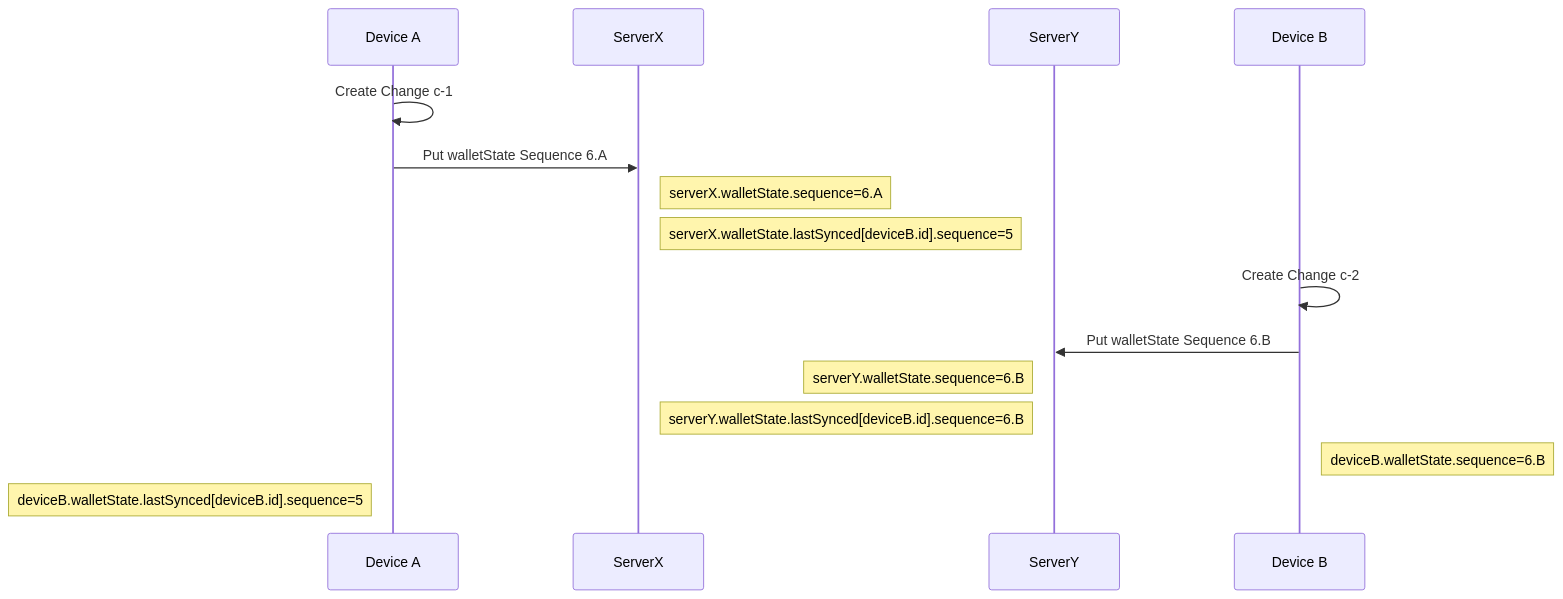
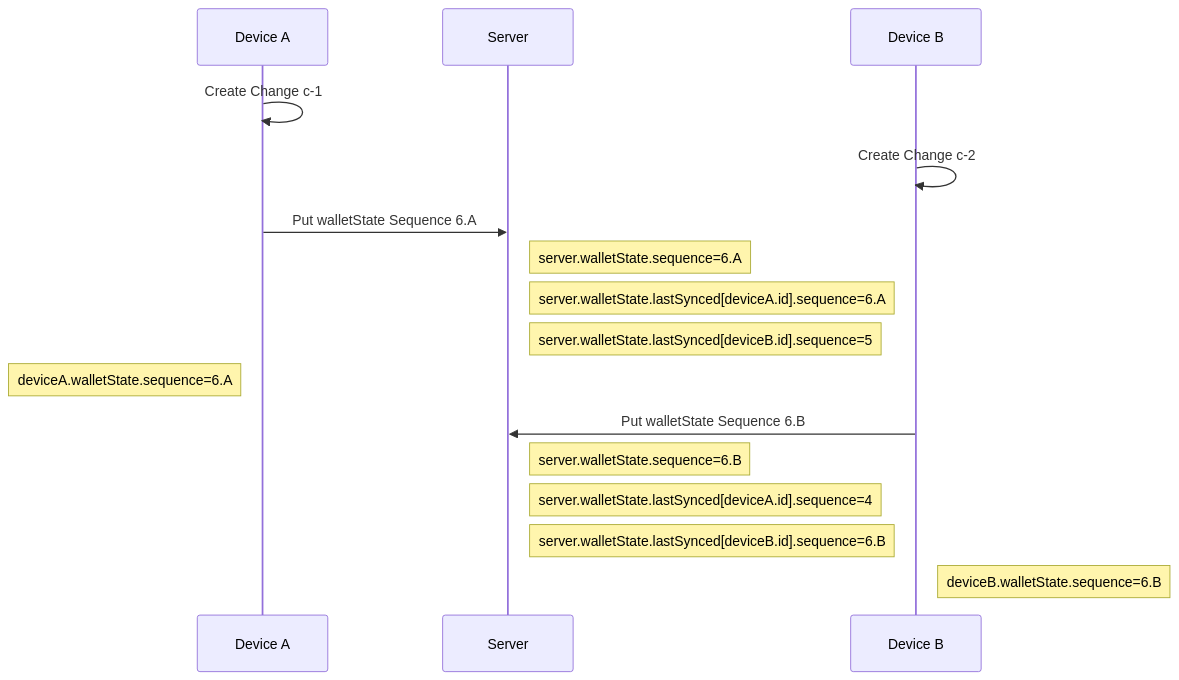
One commit to orblivion/lbry-wallet-sync-draft changed diagram 14 of 15 in spec/sync.md. Above: the diagram before and after it, drawn with Mermaid. The commit also changed other lines of this file, not shown here.

Commit message:
More concise example of why we need `lastSynced`

````diff
--- a/spec/sync.md
+++ b/spec/sync.md
@@ -334,21 +334,21 @@
 ```mermaid
   sequenceDiagram
     participant Device A
-    participant ServerX
-    participant ServerY
+    participant Server
     participant Device B
 
     Device A->>Device A: Create Change c-1
-    Device A->>ServerX: Put walletState Sequence 6.A
+    Device B->>Device B: Create Change c-2
+    Device A->>Server: Put walletState Sequence 6.A
 
-    Note right of ServerX: serverX.walletState.sequence=6.A
-    Note right of ServerX: serverX.walletState.lastSynced[deviceB.id].sequence=5
+    Note right of Server: server.walletState.sequence=6.A
+    Note right of Server: server.walletState.lastSynced[deviceA.id].sequence=6.A
+    Note right of Server: server.walletState.lastSynced[deviceB.id].sequence=5
+    Note left of Device A: deviceA.walletState.sequence=6.A
 
-    Device B->>Device B: Create Change c-2
-    Device B->>ServerY: Put walletState Sequence 6.B
-    Note left of ServerY: serverY.walletState.sequence=6.B
-    Note left of ServerY: serverY.walletState.lastSynced[deviceB.id].sequence=6.B
-
+    Device B->>Server: Put walletState Sequence 6.B
+    Note right of Server: server.walletState.sequence=6.B
+    Note right of Server: server.walletState.lastSynced[deviceA.id].sequence=4
+    Note right of Server: server.walletState.lastSynced[deviceB.id].sequence=6.B
     Note right of Device B: deviceB.walletState.sequence=6.B
-    Note left of Device A: deviceB.walletState.lastSynced[deviceB.id].sequence=5
 ```
````
